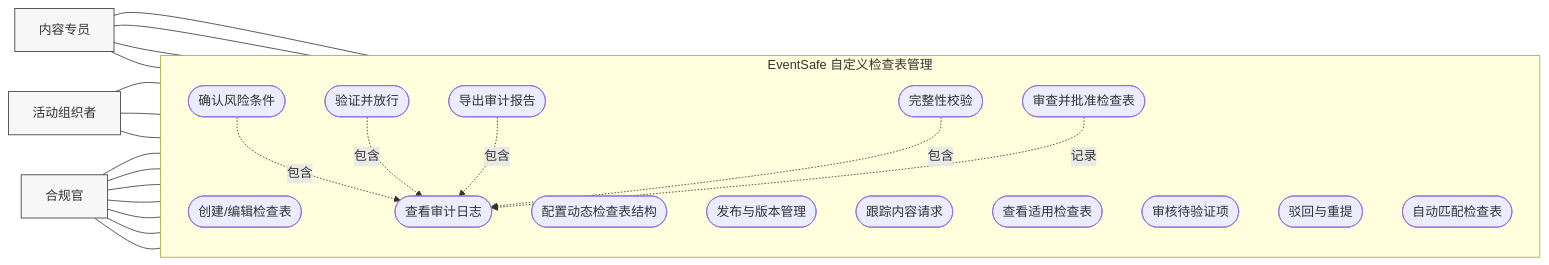
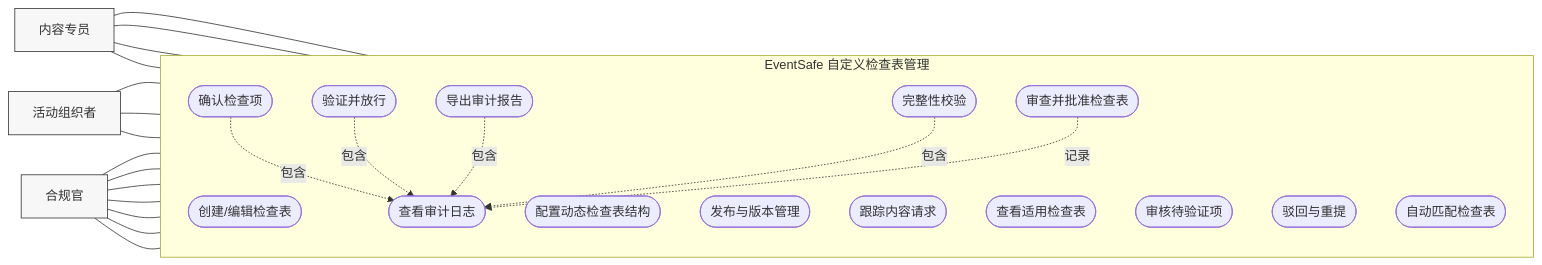
Before and after one commit to melvinchia3636/sd-ga-assets: the diagram in use-case.mmd, drawn with Mermaid. The commit also changed 3 other files, not shown here.

```diff
--- a/use-case.mmd
+++ b/use-case.mmd
@@ -1,46 +1,46 @@
 flowchart LR
   CS["内容专员"]
   CO["合规官"]
   EO["活动组织者"]
 
   subgraph SYS["EventSafe 自定义检查表管理"]
     direction TB
     UC1(["创建/编辑检查表"])
     UC2(["配置动态检查表结构"])
     UC3(["发布与版本管理"])
     UC4(["跟踪内容请求"])
     UC5(["查看适用检查表"])
-    UC6(["确认风险条件"])
+    UC6(["确认检查项"])
     UC7(["审核待验证项"])
     UC8(["验证并放行"])
     UC9(["驳回与重提"])
     UC10(["查看审计日志"])
     UC11(["导出审计报告"])
     UC12(["完整性校验"])
     UC13(["审查并批准检查表"])
     UC14(["自动匹配检查表"])
   end
 
   CS --- UC1
   CS --- UC2
   CS --- UC3
   CS --- UC4
   EO --- UC5
   EO --- UC6
   EO --- UC14
   CO --- UC7
   CO --- UC8
   CO --- UC9
   CO --- UC10
   CO --- UC11
   CO --- UC12
   CO --- UC13
 
   UC6 -.->|包含| UC10
   UC8 -.->|包含| UC10
   UC11 -.->|包含| UC10
   UC12 -.->|包含| UC10
   UC13 -.->|记录| UC10
 
   classDef actor fill:#f7f7f7,stroke:#333,stroke-width:1px
   class CS,CO,EO actor
```
